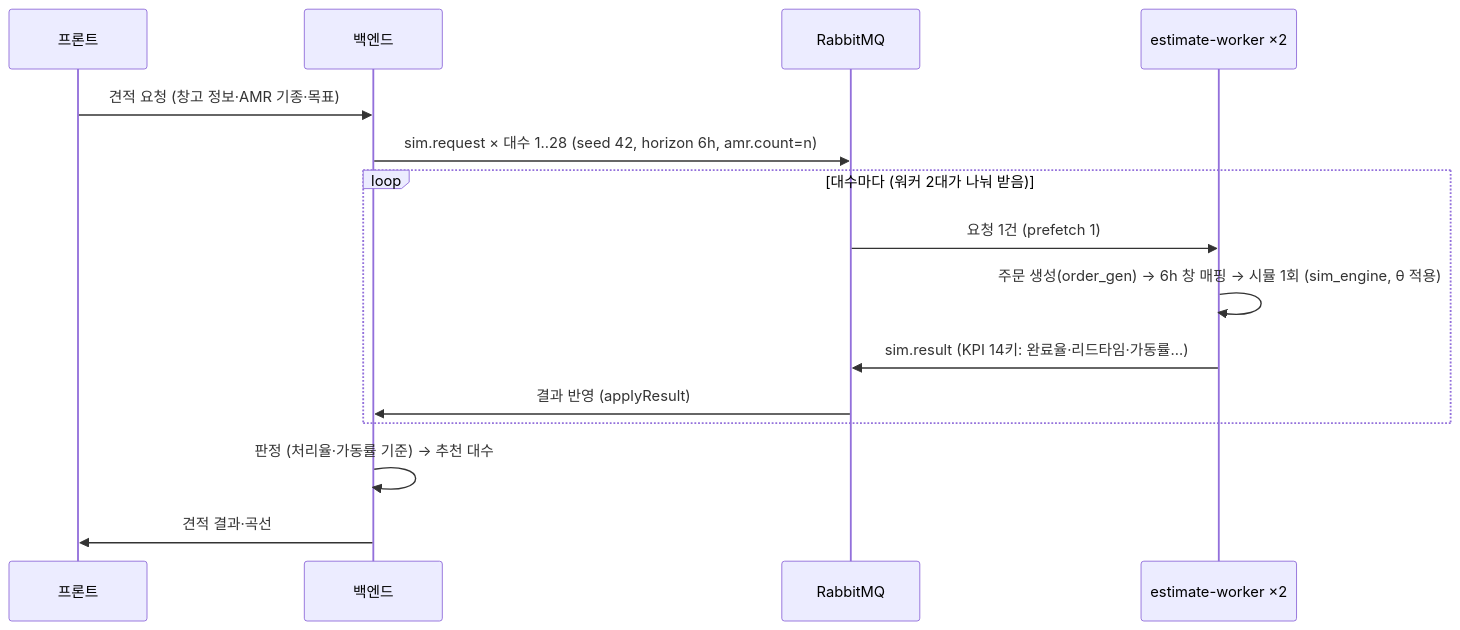
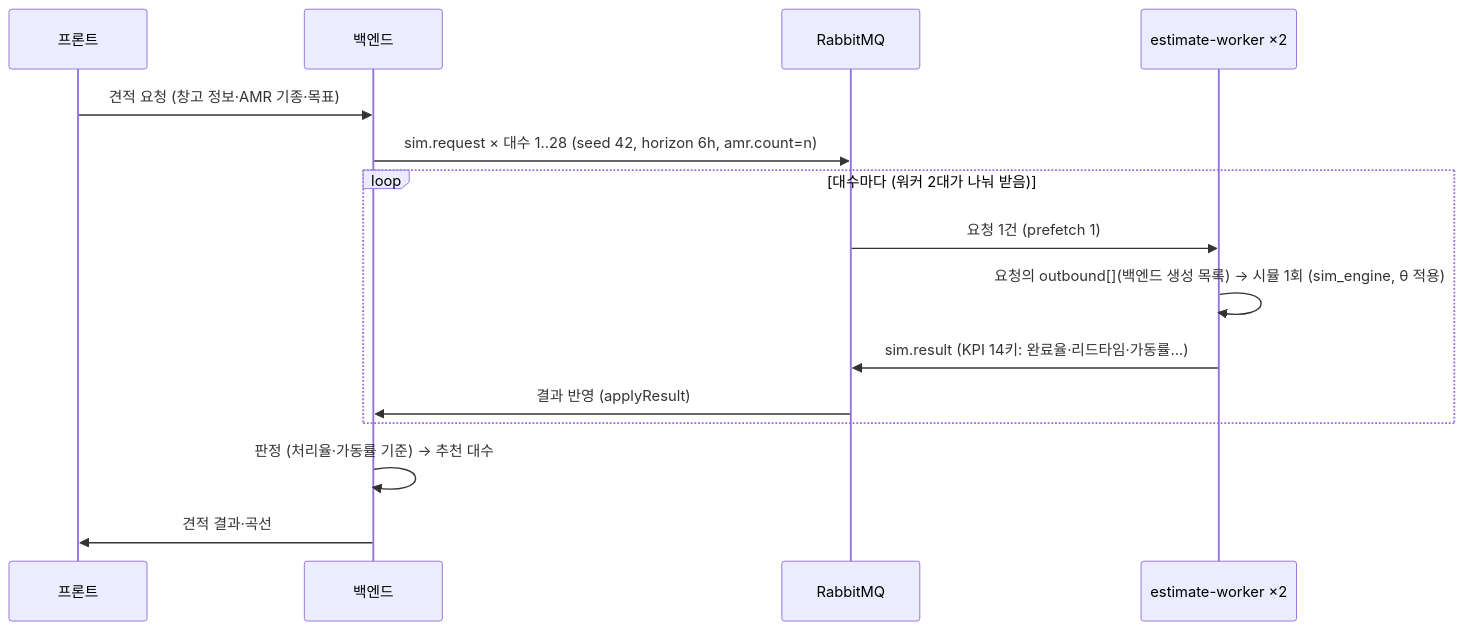
Before and after one commit to choiao0/SantaFactory: the second of 3 diagrams in 3_FMS/docs/시스템_구성도.md, drawn with Mermaid. The commit also changed other lines of this file and 12 other files, not shown here.

First line of the commit message:
♻️ refactor(fms): 주문 원천을 백엔드 생성기로 단일화 — 워커 자체 생성·order_gen 제거 (S15P21A106-212)

````diff
--- a/3_FMS/docs/시스템_구성도.md
+++ b/3_FMS/docs/시스템_구성도.md
@@ -69,17 +69,17 @@
 ```mermaid
 sequenceDiagram
     participant FE as 프론트
     participant BE as 백엔드
     participant MQ as RabbitMQ
     participant W as estimate-worker ×2
     FE->>BE: 견적 요청 (창고 정보·AMR 기종·목표)
     BE->>MQ: sim.request × 대수 1..28 (seed 42, horizon 6h, amr.count=n)
     loop 대수마다 (워커 2대가 나눠 받음)
         MQ->>W: 요청 1건 (prefetch 1)
-        W->>W: 주문 생성(order_gen) → 6h 창 매핑 → 시뮬 1회 (sim_engine, θ 적용)
+        W->>W: 요청의 outbound[](백엔드 생성 목록) → 시뮬 1회 (sim_engine, θ 적용)
         W->>MQ: sim.result (KPI 14키: 완료율·리드타임·가동률…)
         MQ->>BE: 결과 반영 (applyResult)
     end
     BE->>BE: 판정 (처리율·가동률 기준) → 추천 대수
     BE->>FE: 견적 결과·곡선
 ```
````
